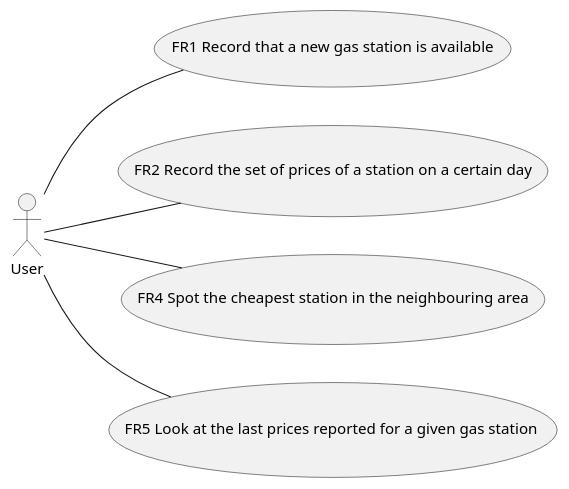
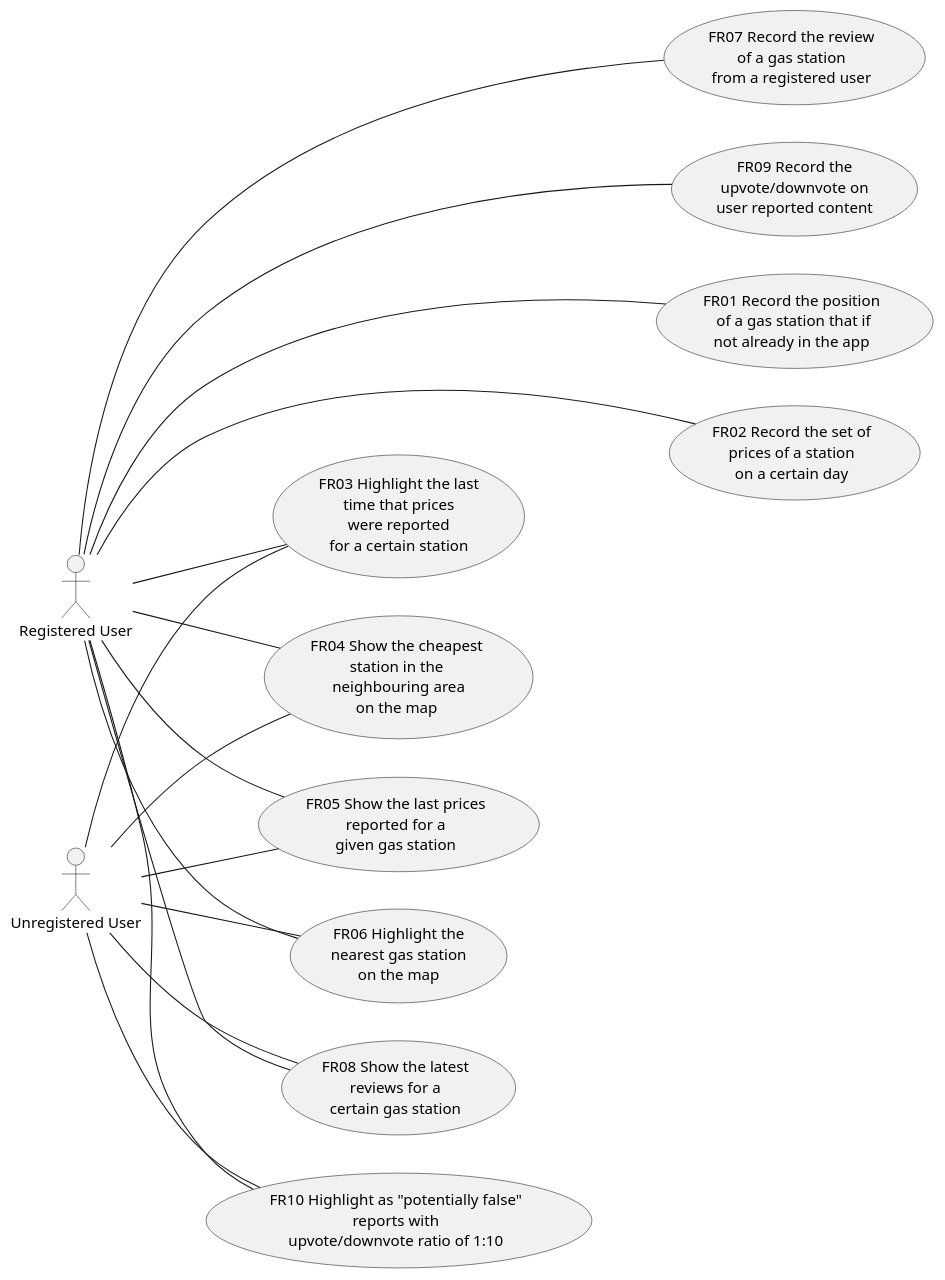
The second of 4 diagrams in REQ_s274930.md (SoftengPoliTo/Lab2), drawn with PlantUML before and after one commit. The commit also changed other lines of this file, not shown here.

````diff
--- a/REQ_s274930.md
+++ b/REQ_s274930.md
@@ -100,8 +108,32 @@
 ```plantuml
 left to right direction
-actor User as a
-a -- (FR1 Record that a new gas station is available)
-a -- (FR2 Record the set of prices of a station on a certain day)
-a -- (FR4 Spot the cheapest station in the neighbouring area)
-a -- (FR5 Look at the last prices reported for a given gas station )
+actor :Registered User: as a
+actor :Unregistered User: as b
+(FR01 Record the position\n of a gas station that if\nnot already in the app) as (FR01)
+(FR02 Record the set of\nprices of a station\non a certain day) as (FR02)
+(FR03 Highlight the last\ntime that prices\nwere reported\nfor a certain station) as (FR03)
+(FR04 Show the cheapest\nstation in the\n neighbouring area\non the map) as (FR04)
+(FR05 Show the last prices\nreported for a\ngiven gas station) as (FR05)
+(FR06 Highlight the\nnearest gas station\non the map) as (FR06)
+(FR07 Record the review\nof a gas station\nfrom a registered user) as (FR07)
+(FR08 Show the latest\nreviews for a\ncertain gas station) as (FR08)
+(FR09 Record the\nupvote/downvote on\nuser reported content) as (FR09)
+(FR10 Highlight as "potentially false"\nreports with\nupvote/downvote ratio of 1:10) as (FR10)
+a --- (FR01)
+a --- (FR02)
+a -- (FR03)
+a -- (FR04)
+a -- (FR05)
+a -- (FR06)
+a --- (FR07)
+a -- (FR08)
+a --- (FR09)
+a -- (FR10)
+b -- (FR03)
+b -- (FR04)
+b -- (FR05)
+b -- (FR06)
+b -- (FR08)
+b -- (FR10)
+
 ```
````
